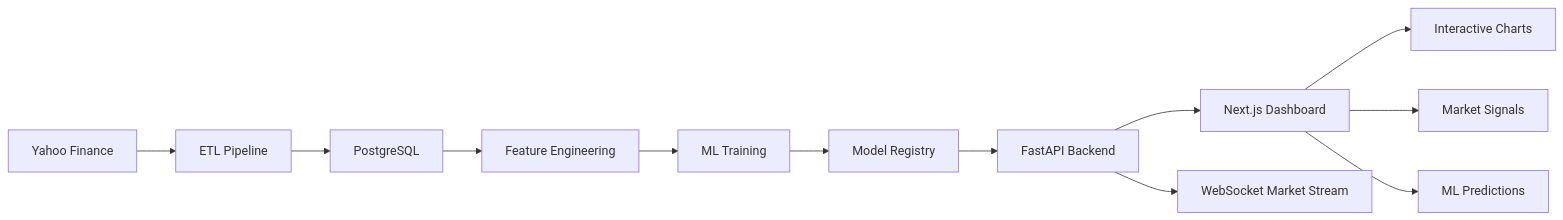
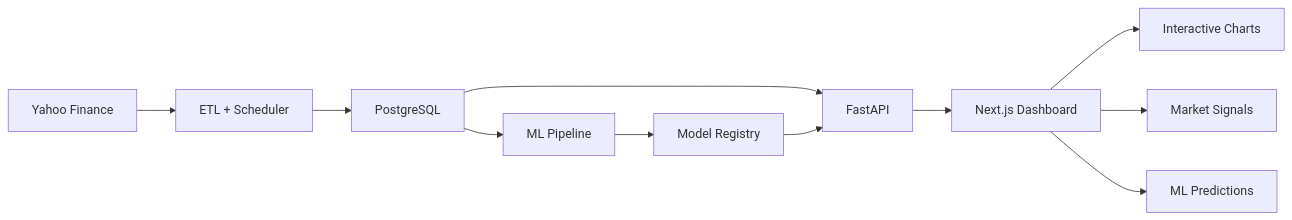
Before and after one commit to saltanikamal/financial-market-analytics-platform: the first of 2 diagrams in README.md, drawn with Mermaid. The commit also changed other lines of this file, not shown here.

````diff
--- a/README.md
+++ b/README.md
@@ -158,14 +174,16 @@
 ```mermaid
 flowchart LR
-    A[Yahoo Finance] --> B[ETL Pipeline]
+    A[Yahoo Finance] --> B[ETL + Scheduler]
     B --> C[PostgreSQL]
-    C --> D[Feature Engineering]
-    D --> E[ML Training]
-    E --> F[Model Registry]
-    F --> G[FastAPI Backend]
-    G --> H[Next.js Dashboard]
-    G --> I[WebSocket Market Stream]
-    H --> J[Interactive Charts]
-    H --> K[Market Signals]
-    H --> L[ML Predictions]
+
+    C --> D[ML Pipeline]
+    D --> E[Model Registry]
+
+    C --> F[FastAPI]
+    E --> F
+
+    F --> G[Next.js Dashboard]
+    G --> H[Interactive Charts]
+    G --> I[Market Signals]
+    G --> J[ML Predictions]
 ```
````
